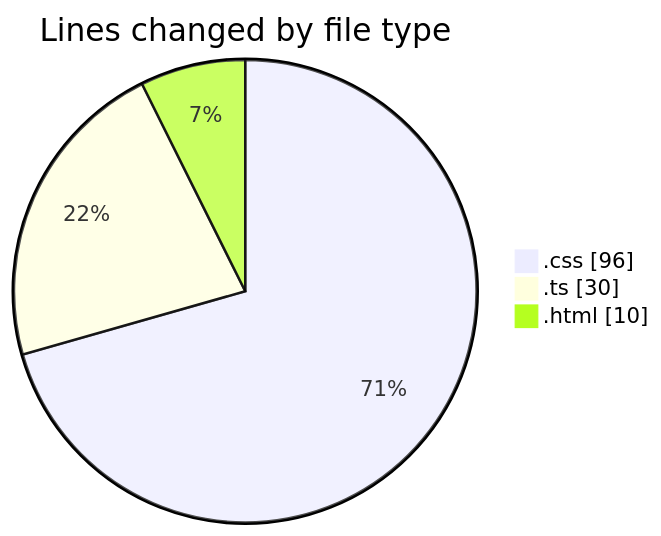
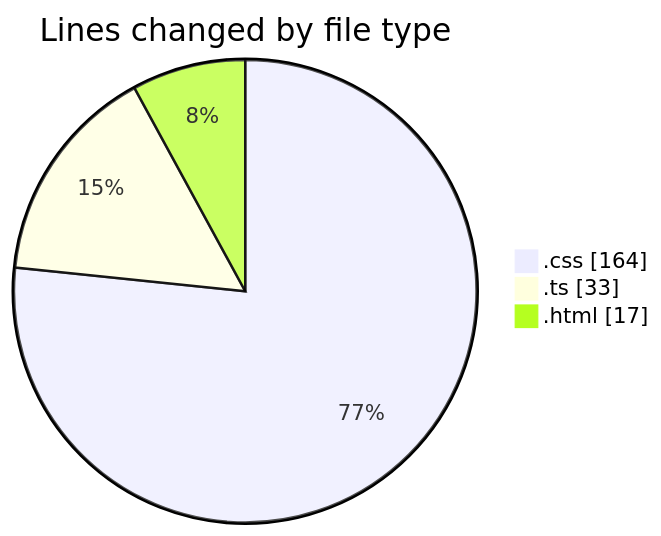
Before and after one commit to igalym/code-tracking: the first of 2 diagrams in 2026-01-06/budget_front_nest/README.md, drawn with Mermaid. The commit also changed other lines of this file and 1 other file, not shown here.

````diff
--- a/2026-01-06/budget_front_nest/README.md
+++ b/2026-01-06/budget_front_nest/README.md
@@ -24,7 +24,7 @@
 ```mermaid
 pie showData
 title Lines changed by file type
-".css" : 96
-".ts" : 30
-".html" : 10
+".css" : 164
+".ts" : 33
+".html" : 17
 ```
````
